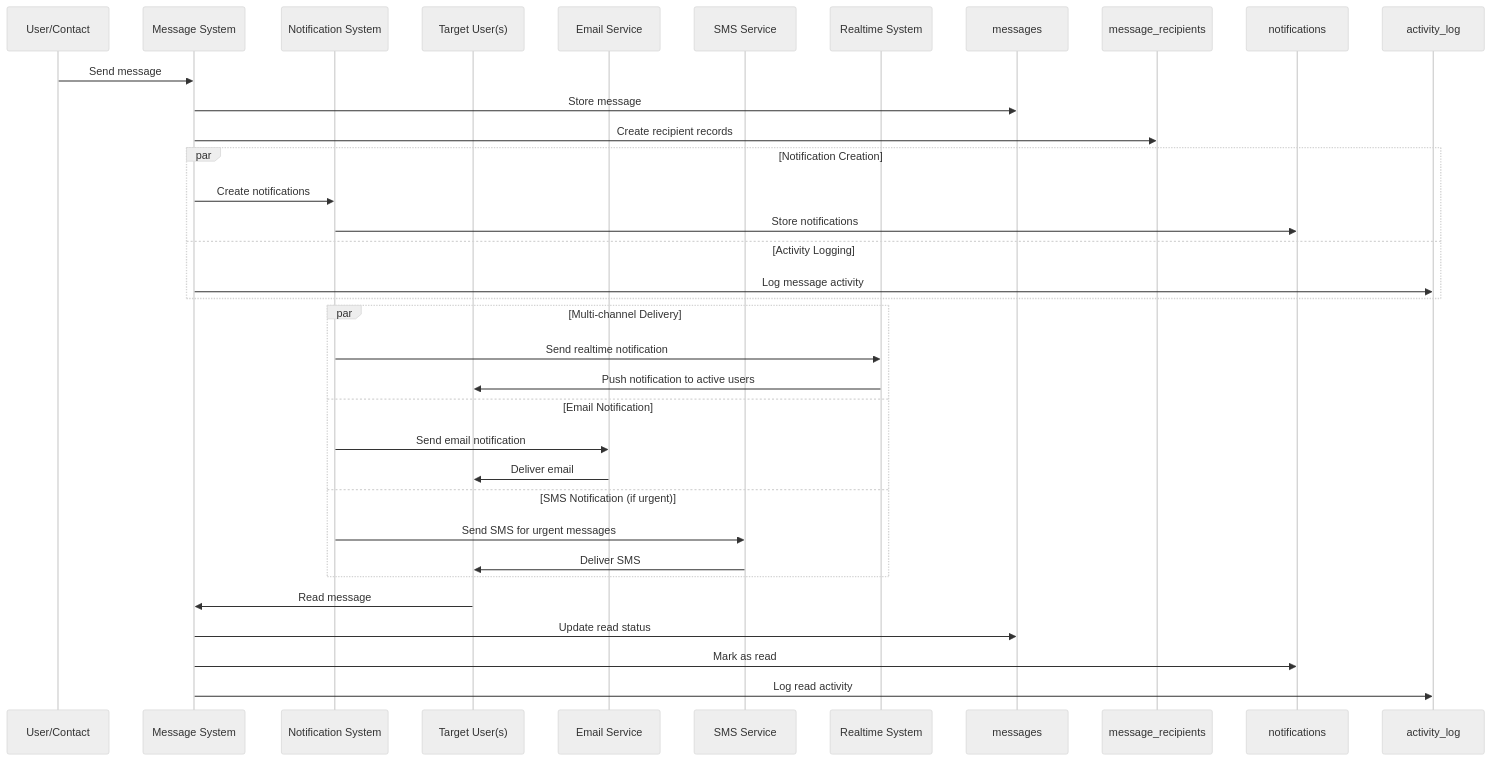
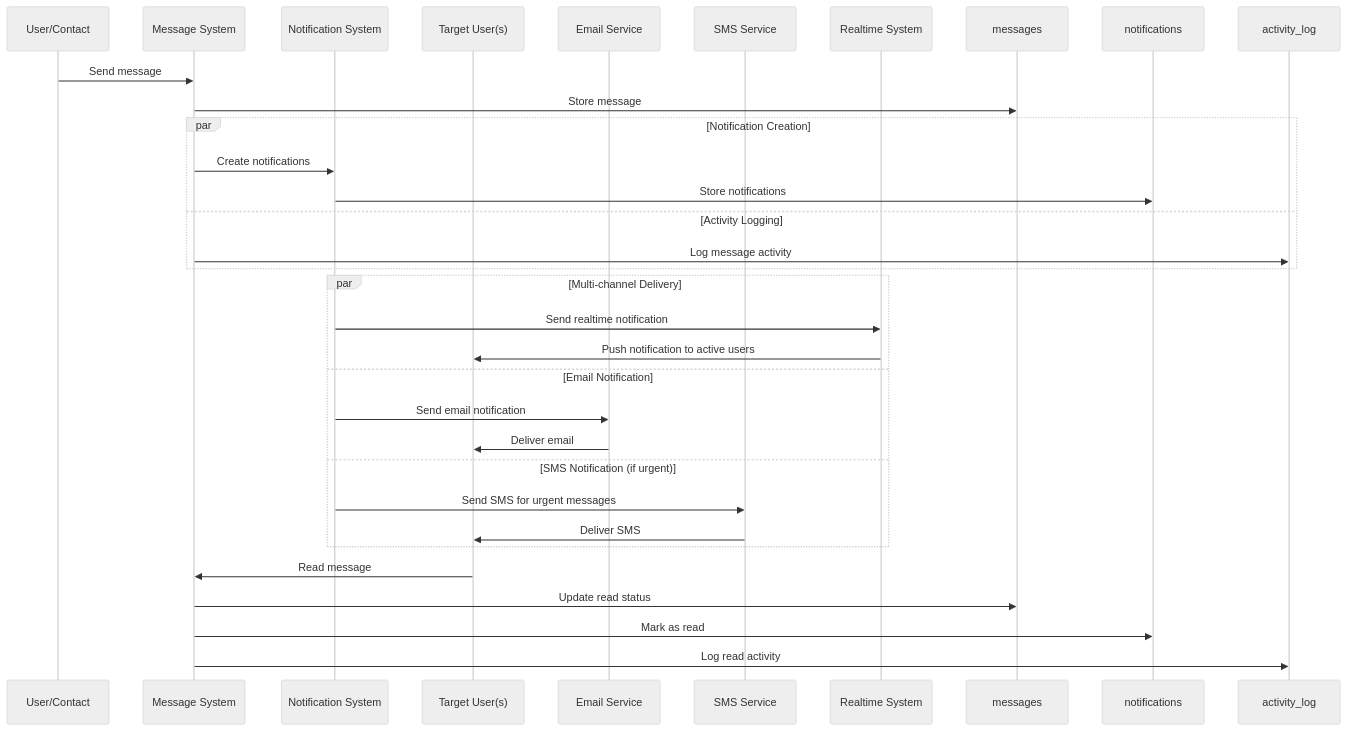
The third of 7 diagrams in docs/database-schema.md (tongvtdan/apillis-mfg), drawn with Mermaid (neutral theme) before and after one commit. The commit also changed other lines of this file and 3 other files, not shown here.

First line of the commit message:
feat(database): Comprehensive schema revision and improvements

````diff
--- a/docs/database-schema.md
+++ b/docs/database-schema.md
@@ -1283,37 +1323,36 @@
 ```mermaid
 sequenceDiagram
     participant U1 as User/Contact
     participant MSG as Message System
     participant NOT as Notification System
     participant U2 as Target User(s)
     participant EMAIL as Email Service
     participant SMS as SMS Service
     participant RT as Realtime System
 
     U1->>MSG: Send message
     MSG->>messages: Store message
-    MSG->>message_recipients: Create recipient records
     
     par Notification Creation
         MSG->>NOT: Create notifications
         NOT->>notifications: Store notifications
     and Activity Logging
         MSG->>activity_log: Log message activity
     end
     
     par Multi-channel Delivery
         NOT->>RT: Send realtime notification
         RT->>U2: Push notification to active users
     and Email Notification
         NOT->>EMAIL: Send email notification
         EMAIL->>U2: Deliver email
     and SMS Notification (if urgent)
         NOT->>SMS: Send SMS for urgent messages
         SMS->>U2: Deliver SMS
     end
     
     U2->>MSG: Read message
     MSG->>messages: Update read status
     MSG->>notifications: Mark as read
     MSG->>activity_log: Log read activity
 ```
````
